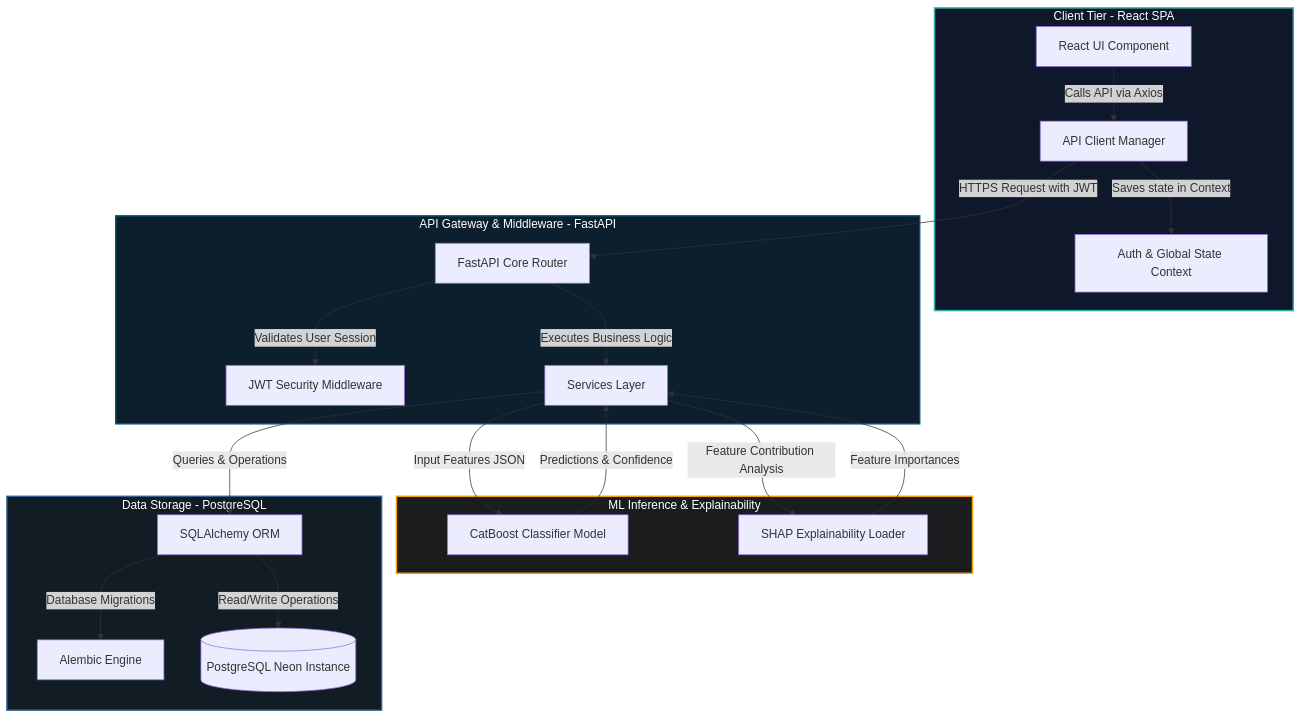
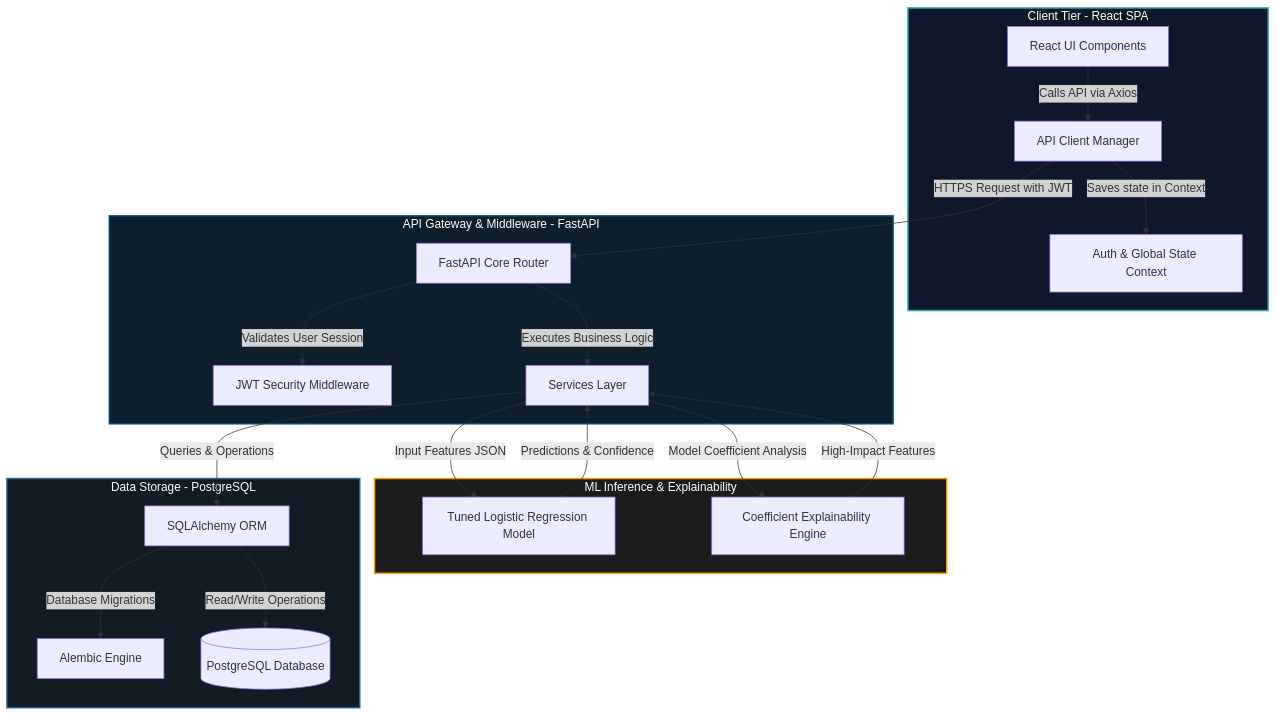
Before and after one commit to THILAKESWARAN07/AI-Powered-Student-Dropout-Prediction-System: the diagram in README.md, drawn with Mermaid. The commit also changed other lines of this file, not shown here.

````diff
--- a/README.md
+++ b/README.md
@@ -106,31 +203,31 @@
 ```mermaid
 graph TB
     subgraph Client_Tier [Client Tier - React SPA]
-        A[React UI Component] -->|Calls API via Axios| B[API Client Manager]
+        A[React UI Components] -->|Calls API via Axios| B[API Client Manager]
         B -->|Saves state in Context| C[Auth & Global State Context]
     end
 
     subgraph API_Tier [API Gateway & Middleware - FastAPI]
         B -->|HTTPS Request with JWT| D[FastAPI Core Router]
         D -->|Validates User Session| E[JWT Security Middleware]
         D -->|Executes Business Logic| F[Services Layer]
     end
 
     subgraph Inference_Engine [ML Inference & Explainability]
-        F -->|Input Features JSON| G[CatBoost Classifier Model]
+        F -->|Input Features JSON| G[Tuned Logistic Regression Model]
         G -->|Predictions & Confidence| F
-        F -->|Feature Contribution Analysis| H[SHAP Explainability Loader]
-        H -->|Feature Importances| F
+        F -->|Model Coefficient Analysis| H[Coefficient Explainability Engine]
+        H -->|High-Impact Features| F
     end
 
     subgraph Data_Storage [Data Storage - PostgreSQL]
         F -->|Queries & Operations| I[SQLAlchemy ORM]
         I -->|Database Migrations| J[Alembic Engine]
-        I -->|Read/Write Operations| K[(PostgreSQL Neon Instance)]
+        I -->|Read/Write Operations| K[(PostgreSQL Database)]
     end
     
     style Client_Tier fill:#0f172a,stroke:#38b2ac,stroke-width:2px,color:#fff
     style API_Tier fill:#0d1e2d,stroke:#005571,stroke-width:2px,color:#fff
     style Inference_Engine fill:#1a1c1e,stroke:#f59e0b,stroke-width:2px,color:#fff
     style Data_Storage fill:#111c24,stroke:#316192,stroke-width:2px,color:#fff
 ```
````
